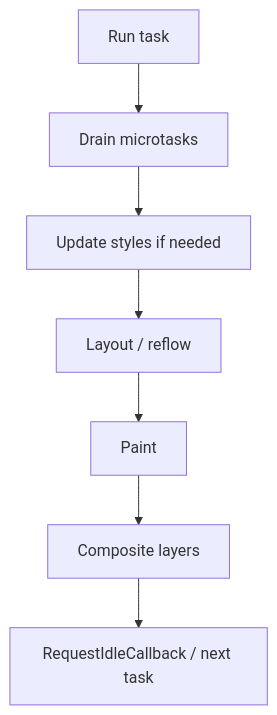
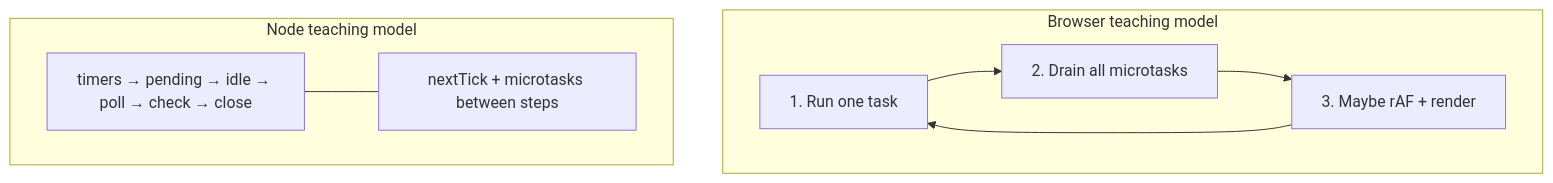
Diagram 12 of 13 in docs/javascript/10-event-loop.md (prajjwaljogdand/FullstackPreparation), drawn with Mermaid before and after one commit. The commit also changed other lines of this file and 91 other files, not shown here.

````diff
--- a/docs/javascript/10-event-loop.md
+++ b/docs/javascript/10-event-loop.md
@@ -661,9 +938,15 @@
 ```mermaid
-flowchart TD
-  Task["Run task"] --> Micro["Drain microtasks"]
-  Micro --> Style["Update styles if needed"]
-  Style --> Layout["Layout / reflow"]
-  Layout --> Paint["Paint"]
-  Paint --> Composite["Composite layers"]
-  Composite --> Idle["RequestIdleCallback / next task"]
+flowchart TB
+  subgraph browser ["Browser teaching model"]
+    BT["1. Run one task"]
+    BM["2. Drain all microtasks"]
+    BR["3. Maybe rAF + render"]
+    BT --> BM --> BR --> BT
+  end
+
+  subgraph node ["Node teaching model"]
+    NT["timers → pending → idle → poll → check → close"]
+    NM["nextTick + microtasks between steps"]
+    NT --- NM
+  end
 ```
````
